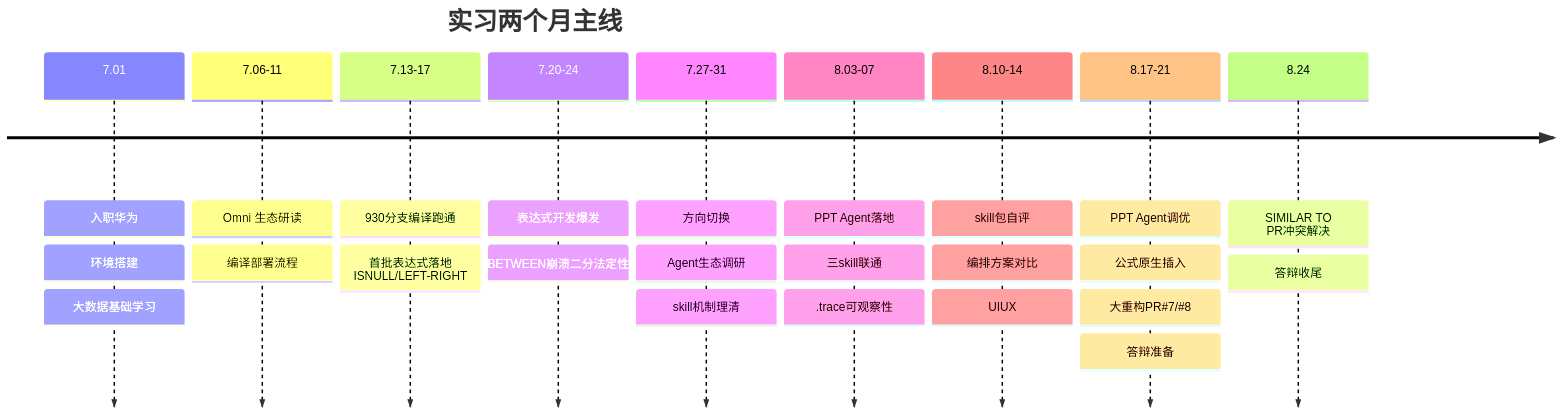
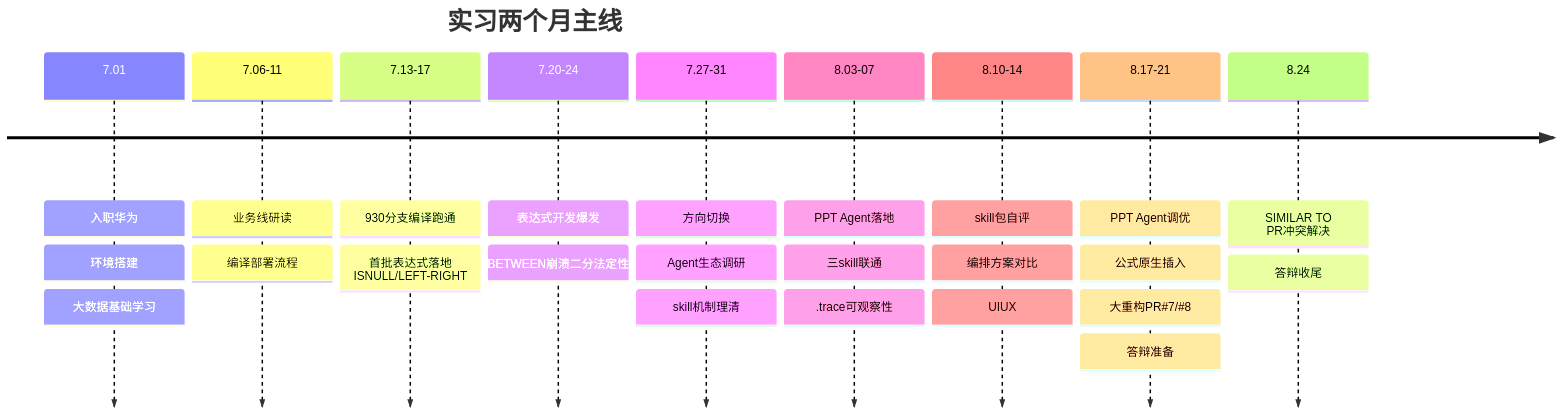
Before and after one commit to int2t05/internship: the diagram in 01-实习概述.md, drawn with Mermaid. The commit also changed other lines of this file and 7 other files, not shown here.

````diff
--- a/01-实习概述.md
+++ b/01-实习概述.md
@@ -33,13 +33,13 @@
 ```mermaid
 timeline
     title 实习两个月主线
     7.01     : 入职华为 : 环境搭建 : 大数据基础学习
-    7.06-11  : Omni 生态研读 : 编译部署流程
+    7.06-11  : 业务线研读 : 编译部署流程
     7.13-17  : 930分支编译跑通 : 首批表达式落地 ISNULL/LEFT-RIGHT
     7.20-24  : 表达式开发爆发 : BETWEEN崩溃二分法定性
     7.27-31  : 方向切换 : Agent生态调研 : skill机制理清
     8.03-07  : PPT Agent落地 : 三skill联通 : .trace可观察性
     8.10-14  : skill包自评 : 编排方案对比 : UIUX
     8.17-21  : PPT Agent调优 : 公式原生插入 : 大重构PR#7/#8 : 答辩准备
     8.24     : SIMILAR TO PR冲突解决 : 答辩收尾
 ```
````
